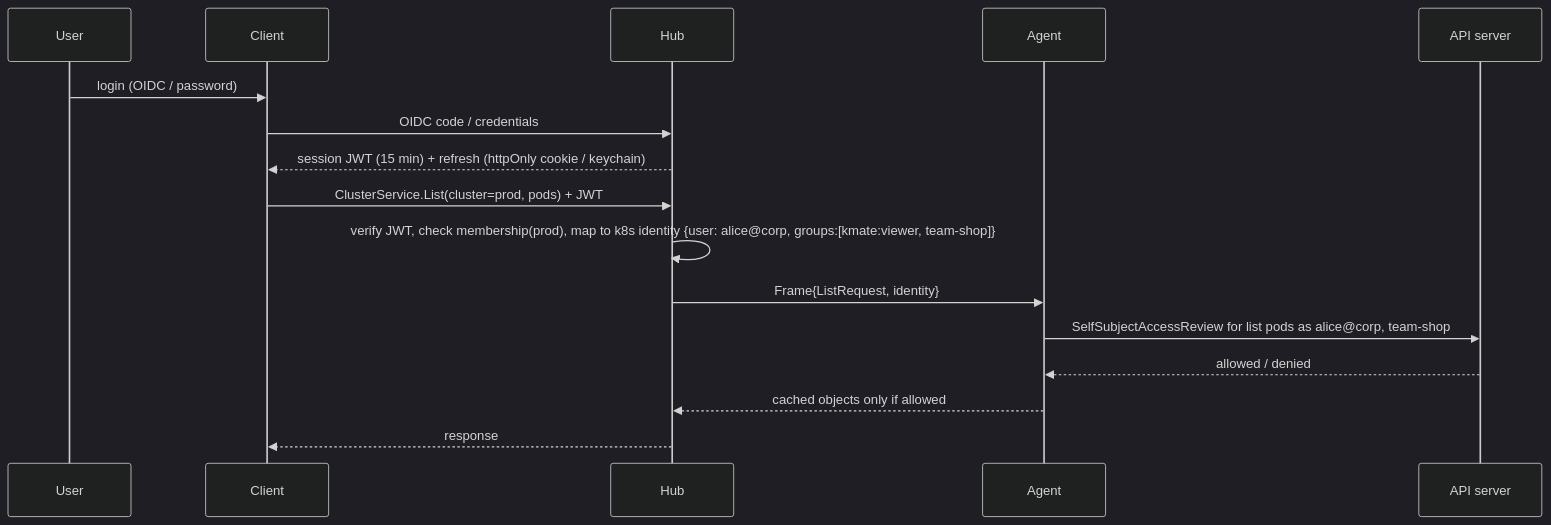
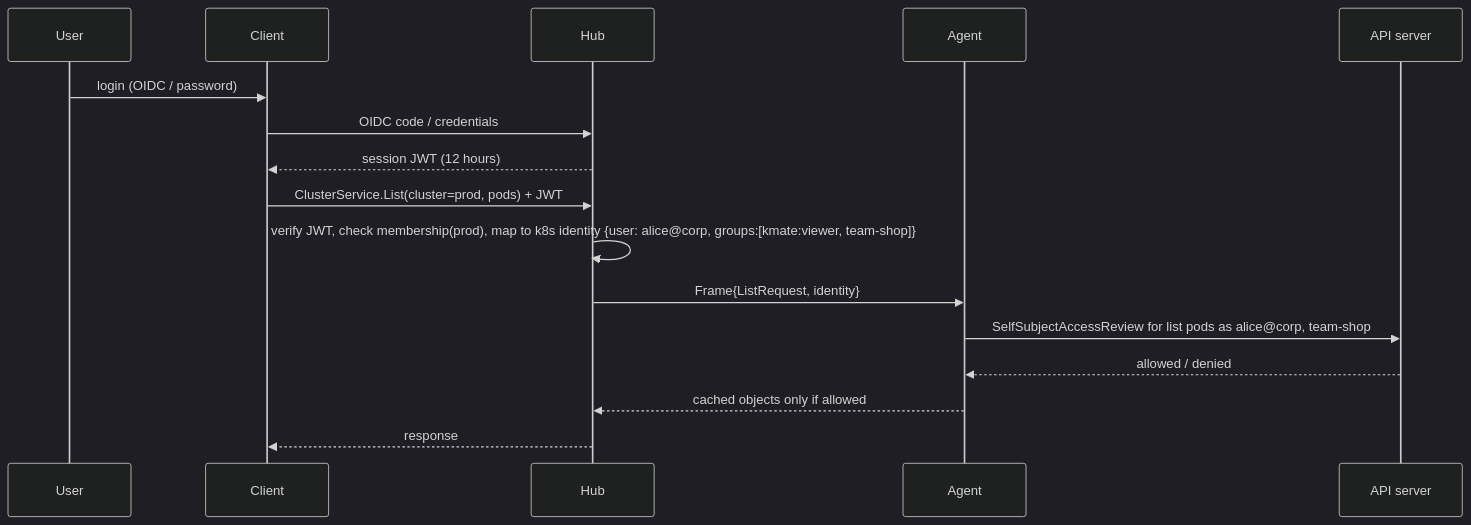
One commit to sahabti/kmate changed the diagram in docs/06-security.md. Above: the diagram before and after it, drawn with Mermaid (dark theme). The commit also changed other lines of this file and 2 other files, not shown here.

First line of the commit message:
Document the implemented mTLS and session security posture

````diff
--- a/docs/06-security.md
+++ b/docs/06-security.md
@@ -17,18 +17,18 @@
 ```mermaid
 sequenceDiagram
     participant U as User
     participant C as Client
     participant H as Hub
     participant A as Agent
     participant K as API server
     U->>C: login (OIDC / password)
     C->>H: OIDC code / credentials
-    H-->>C: session JWT (15 min) + refresh (httpOnly cookie / keychain)
+    H-->>C: session JWT (12 hours)
     C->>H: ClusterService.List(cluster=prod, pods) + JWT
     H->>H: verify JWT, check membership(prod), map to k8s identity {user: alice@corp, groups:[kmate:viewer, team-shop]}
     H->>A: Frame{ListRequest, identity}
     A->>K: SelfSubjectAccessReview for list pods as alice@corp, team-shop
     K-->>A: allowed / denied
     A-->>H: cached objects only if allowed
     H-->>C: response
 ```
````
